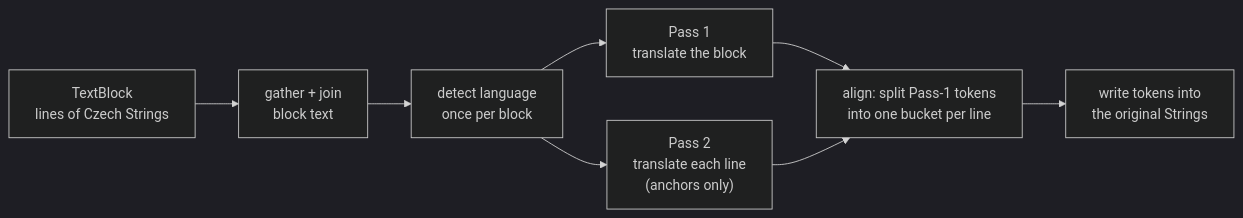
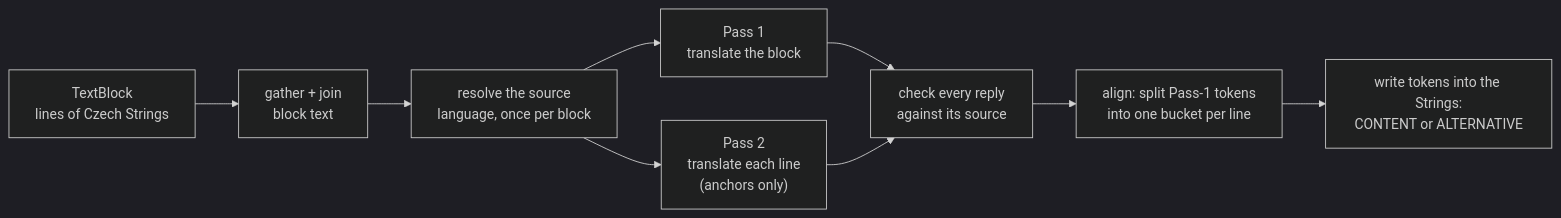
Before and after one commit to ufal/atrium-project: the diagram in docs_site/tools/translator/reference.md, drawn with Mermaid (dark theme). The commit also changed other lines of this file and 14 other files, not shown here.

````diff
--- a/docs_site/tools/translator/reference.md
+++ b/docs_site/tools/translator/reference.md
@@ -175,10 +183,11 @@
 ```mermaid
 flowchart LR
     B["TextBlock<br/>lines of Czech Strings"] --> G["gather + join<br/>block text"]
-    G --> D["detect language<br/>once per block"]
+    G --> D["resolve the source<br/>language, once per block"]
     D --> P1["Pass 1<br/>translate the block"]
     D --> P2["Pass 2<br/>translate each line<br/>(anchors only)"]
-    P1 --> A["align: split Pass-1 tokens<br/>into one bucket per line"]
-    P2 --> A
-    A --> W["write tokens into<br/>the original Strings"]
+    P1 --> C["check every reply<br/>against its source"]
+    P2 --> C
+    C --> A["align: split Pass-1 tokens<br/>into one bucket per line"]
+    A --> W["write tokens into the Strings:<br/>CONTENT or ALTERNATIVE"]
 ```
````
